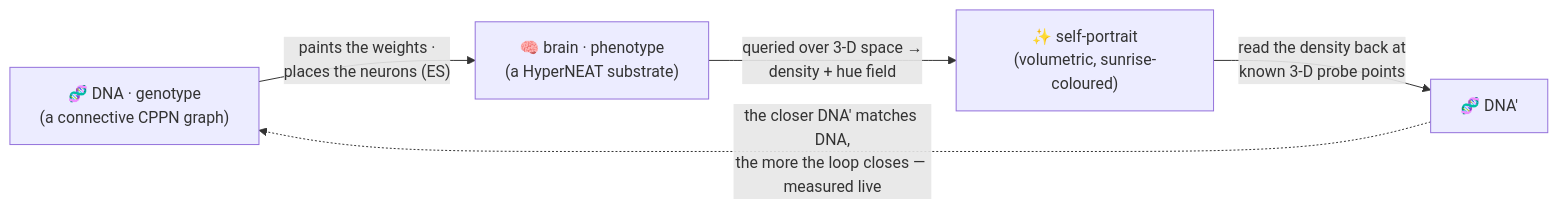
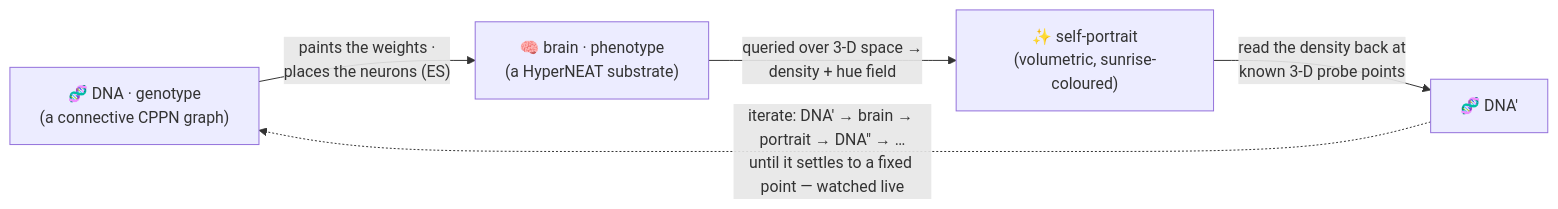
Before and after one commit to admiralakber/autograph: the first of 3 diagrams in VISION.md, drawn with Mermaid. The commit also changed other lines of this file and 1 other file, not shown here.

Commit message:
docs: describe the loop as an iterated fixed point, not a one-step score
VISION and WHITEPAPER (3.1 + the diagram) now match the implementation: the
compose-and-read-back map T is iterated under relaxation until it settles, an
evolved self-encoder converges to a true fixed point (fidelity -> 1.000) you can
watch close, and a random creature only partially closes — shown honestly.

````diff
--- a/VISION.md
+++ b/VISION.md
@@ -24,7 +24,7 @@
 ```mermaid
 flowchart LR
   DNA["🧬 DNA · genotype<br/>(a connective CPPN graph)"] -->|"paints the weights ·<br/>places the neurons (ES)"| PHENO["🧠 brain · phenotype<br/>(a HyperNEAT substrate)"]
   PHENO -->|"queried over 3-D space →<br/>density + hue field"| ART["✨ self-portrait<br/>(volumetric, sunrise-coloured)"]
   ART -->|"read the density back at<br/>known 3-D probe points"| DNA2["🧬 DNA′"]
-  DNA2 -. "the closer DNA′ matches DNA,<br/>the more the loop closes — measured live" .-> DNA
+  DNA2 -. "iterate: DNA′ → brain → portrait → DNA″ → …<br/>until it settles to a fixed point — watched live" .-> DNA
 ```
````
